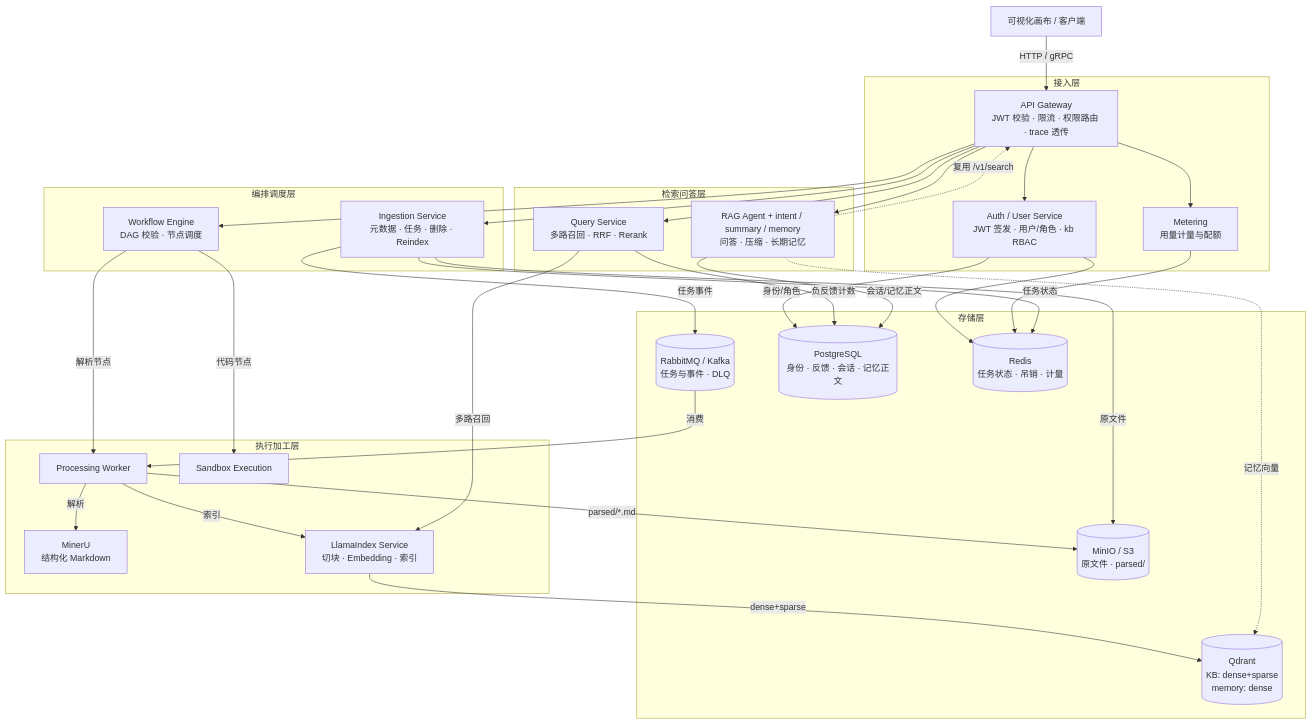
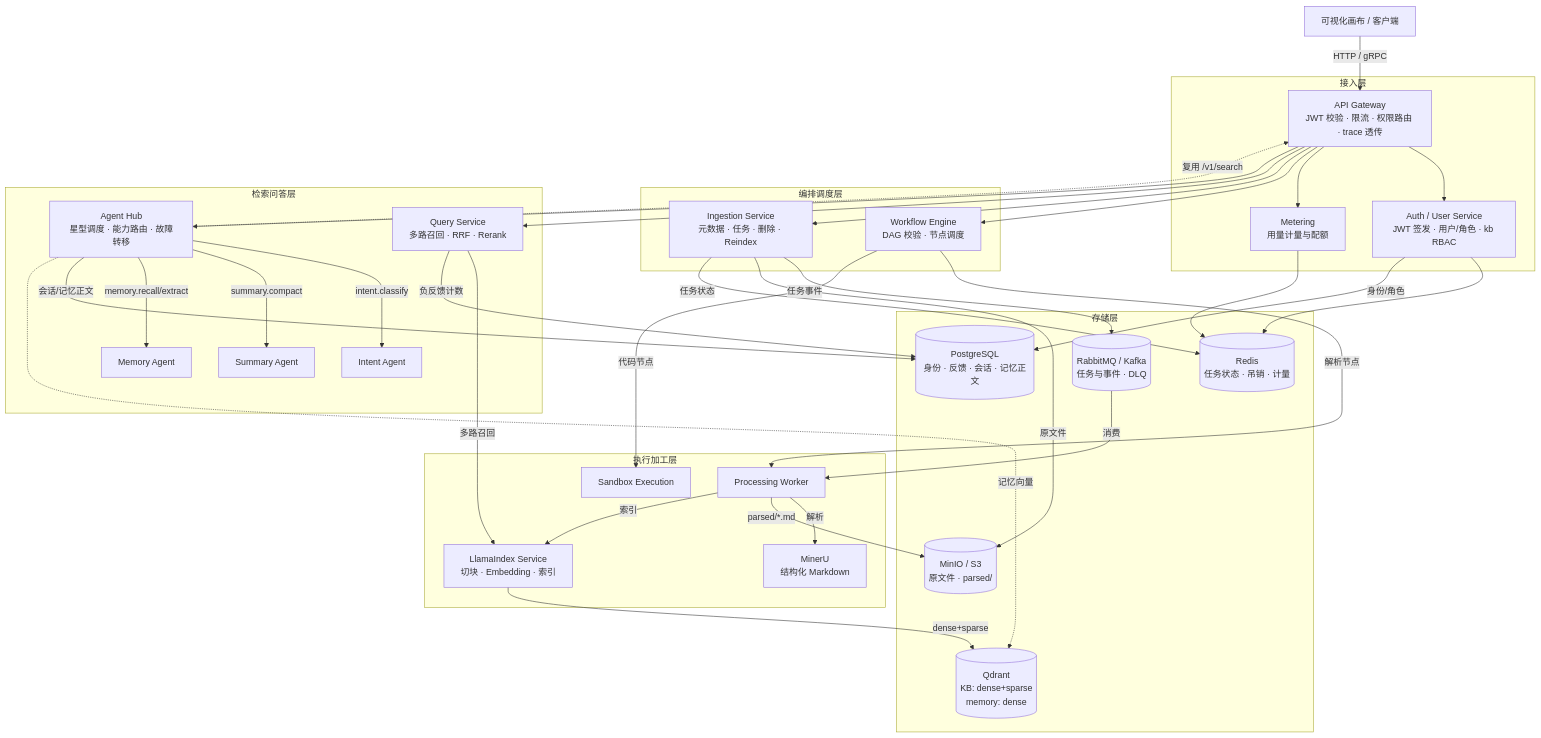
One commit to miaogan/NexusFlow changed the first of 2 diagrams in README.md. Above: the diagram before and after it, drawn with Mermaid. The commit also changed other lines of this file and 143 other files, not shown here.

````diff
--- a/README.md
+++ b/README.md
@@ -13,59 +13,65 @@
 ```mermaid
 flowchart TB
     subgraph A[接入层]
         GW[API Gateway<br/>JWT 校验 · 限流 · 权限路由 · trace 透传]
         AUTH[Auth / User Service<br/>JWT 签发 · 用户/角色 · kb RBAC]
         MET[Metering<br/>用量计量与配额]
     end
 
     subgraph B[编排调度层]
         WF[Workflow Engine<br/>DAG 校验 · 节点调度]
         ING[Ingestion Service<br/>元数据 · 任务 · 删除 · Reindex]
     end
 
     subgraph C[执行加工层]
         PRC[Processing Worker]
         MINERU[MinerU<br/>结构化 Markdown]
         LIDX[LlamaIndex Service<br/>切块 · Embedding · 索引]
         SBX[Sandbox Execution]
     end
 
     subgraph D[检索问答层]
         QS[Query Service<br/>多路召回 · RRF · Rerank]
-        RAG[RAG Agent + intent / summary / memory<br/>问答 · 压缩 · 长期记忆]
+        AGH[Agent Hub<br/>星型调度 · 能力路由 · 故障转移]
+        INT[Intent Agent]
+        SUM[Summary Agent]
+        MEM[Memory Agent]
     end
 
     subgraph E[存储层]
         MQ[(RabbitMQ / Kafka<br/>任务与事件 · DLQ)]
         OBJ[(MinIO / S3<br/>原文件 · parsed/)]
         VS[(Qdrant<br/>KB: dense+sparse<br/>memory: dense)]
         PG[(PostgreSQL<br/>身份 · 反馈 · 会话 · 记忆正文)]
         RD[(Redis<br/>任务状态 · 吊销 · 计量)]
     end
 
     UI[可视化画布 / 客户端] -->|HTTP / gRPC| GW
     GW --> AUTH
     GW --> MET
     GW --> WF
     GW --> ING
     GW --> QS
-    GW --> RAG
+    GW --> AGH
+    AGH -->|intent.classify| INT
+    AGH -->|summary.compact| SUM
+    AGH -->|memory.recall/extract| MEM
     AUTH --> RD
     AUTH -->|身份/角色| PG
     MET --> RD
     WF -->|解析节点| PRC
     WF -->|代码节点| SBX
     ING -->|任务事件| MQ
     ING -->|原文件| OBJ
     ING -->|任务状态| RD
     MQ -->|消费| PRC
     PRC -->|解析| MINERU
     PRC -->|parsed/*.md| OBJ
     PRC -->|索引| LIDX
     LIDX -->|dense+sparse| VS
     QS -->|多路召回| LIDX
     QS -->|负反馈计数| PG
-    RAG -. 复用 /v1/search .-> GW
-    RAG -->|会话/记忆正文| PG
-    RAG -. 记忆向量 .-> VS
+    AGH -. 复用 /v1/search .-> GW
+    AGH -->|会话/记忆正文| PG
+    AGH -. 记忆向量 .-> VS
 ```
````
